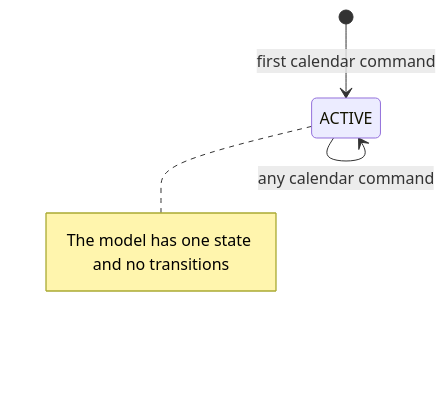
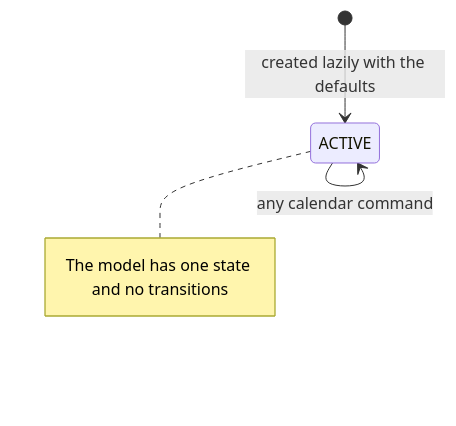
The second of 2 diagrams in yard/docs/contexts/dock-scheduling/aggregate-design-canvas.md (IQVO/warehouse-docs), drawn with Mermaid before and after one commit. The commit also changed other lines of this file and 51 other files, not shown here.

````diff
--- a/yard/docs/contexts/dock-scheduling/aggregate-design-canvas.md
+++ b/yard/docs/contexts/dock-scheduling/aggregate-design-canvas.md
@@ -188,8 +205,8 @@
 ```mermaid
 stateDiagram-v2
-    [*] --> ACTIVE: first calendar command
+    [*] --> ACTIVE: created lazily with the defaults
     ACTIVE --> ACTIVE: any calendar command
     note right of ACTIVE
         The model has one state and no transitions
     end note
 ```
````
